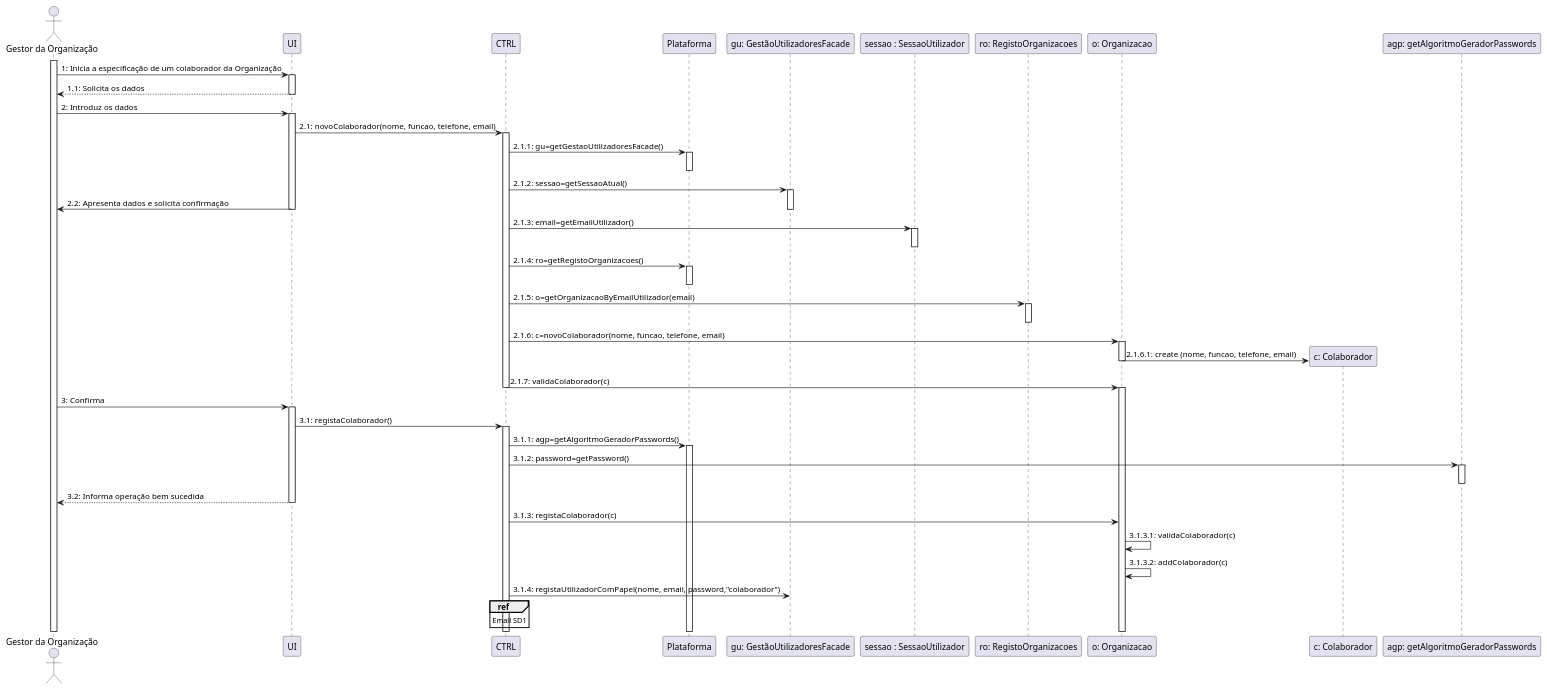
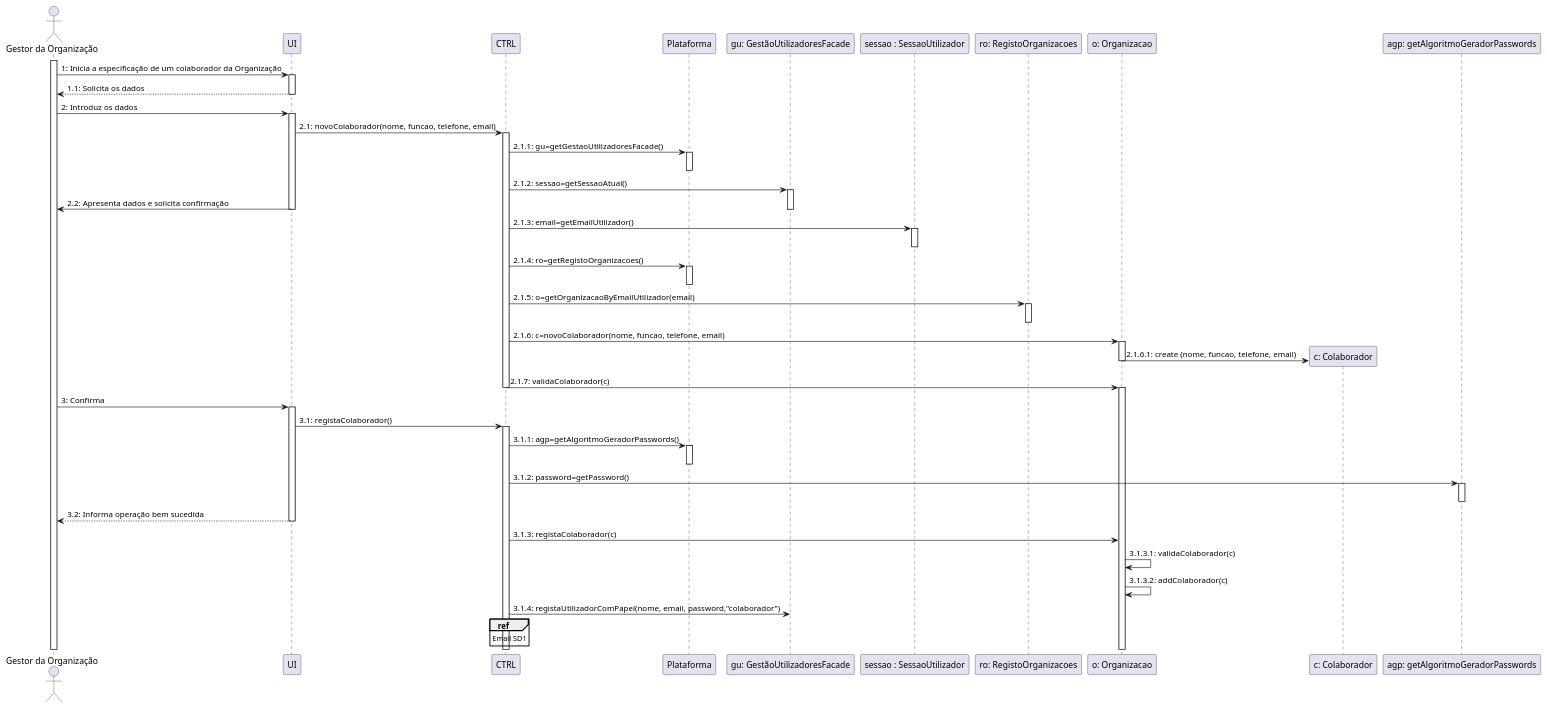
The diagram in Sprint 2/UC05_Especificar_Colaborador_Organizacao/UC05_DiagSeq_Especificar_Colaborador.plantuml (blestonbandeiraUPSKILL/upskill_java1_labprg_grupo2), drawn with PlantUML before and after one commit. The commit also changed 2 other files, not shown here.

```diff
--- a/Sprint 2/UC05_Especificar_Colaborador_Organizacao/UC05_DiagSeq_Especificar_Colaborador.plantuml
+++ b/Sprint 2/UC05_Especificar_Colaborador_Organizacao/UC05_DiagSeq_Especificar_Colaborador.plantuml
@@ -1,59 +1,60 @@
 @startuml
 
 actor "Gestor da Organização"
 
 activate "Gestor da Organização"
 "Gestor da Organização" -> UI : 1: Inicia a especificação de um colaborador da Organização
 activate UI
 UI --> "Gestor da Organização": 1.1: Solicita os dados
 deactivate UI
 "Gestor da Organização" -> UI : 2: Introduz os dados
 activate UI
 UI -> CTRL : 2.1: novoColaborador(nome, funcao, telefone, email)
 activate CTRL
 CTRL -> Plataforma : 2.1.1: gu=getGestaoUtilizadoresFacade()
 activate Plataforma
 deactivate Plataforma
 CTRL -> "gu: GestãoUtilizadoresFacade" : 2.1.2: sessao=getSessaoAtual()
 activate "gu: GestãoUtilizadoresFacade"
 UI -> "Gestor da Organização" : 2.2: Apresenta dados e solicita confirmação
 deactivate UI
 deactivate "gu: GestãoUtilizadoresFacade"
 CTRL -> "sessao : SessaoUtilizador" : 2.1.3: email=getEmailUtilizador() 
 activate "sessao : SessaoUtilizador"
 deactivate "sessao : SessaoUtilizador"
 CTRL -> Plataforma : 2.1.4: ro=getRegistoOrganizacoes()
 activate Plataforma
 deactivate Plataforma
 CTRL -> "ro: RegistoOrganizacoes" : 2.1.5: o=getOrganizacaoByEmailUtilizador(email)
 activate "ro: RegistoOrganizacoes"
 deactivate "ro: RegistoOrganizacoes"
 CTRL -> "o: Organizacao" : 2.1.6: c=novoColaborador(nome, funcao, telefone, email)
 activate "o: Organizacao"
 create "c: Colaborador"
 "o: Organizacao" -> "c: Colaborador": 2.1.6.1: create (nome, funcao, telefone, email)
 deactivate "o: Organizacao"
 CTRL -> "o: Organizacao" : 2.1.7: validaColaborador(c)
 deactivate CTRL
 activate  "o: Organizacao" 
 deactivate "o: Organizacao"
 "Gestor da Organização" -> UI : 3: Confirma
 activate UI
 UI -> CTRL : 3.1: registaColaborador()
 activate CTRL
 CTRL -> Plataforma : 3.1.1: agp=getAlgoritmoGeradorPasswords()
 activate Plataforma
+deactivate Plataforma
 CTRL -> "agp: getAlgoritmoGeradorPasswords" : 3.1.2: password=getPassword()
 activate "agp: getAlgoritmoGeradorPasswords"
 deactivate "agp: getAlgoritmoGeradorPasswords"
 UI --> "Gestor da Organização": 3.2: Informa operação bem sucedida
 deactivate UI
 CTRL -> "o: Organizacao" : 3.1.3: registaColaborador(c)
 "o: Organizacao" -> "o: Organizacao" : 3.1.3.1: validaColaborador(c)
 "o: Organizacao" -> "o: Organizacao" : 3.1.3.2: addColaborador(c)
 CTRL -> "gu: GestãoUtilizadoresFacade" : 3.1.4: registaUtilizadorComPapel(nome, email, password,"colaborador")
 ref over CTRL
 Email SD1
 end ref
 
 @enduml
```
